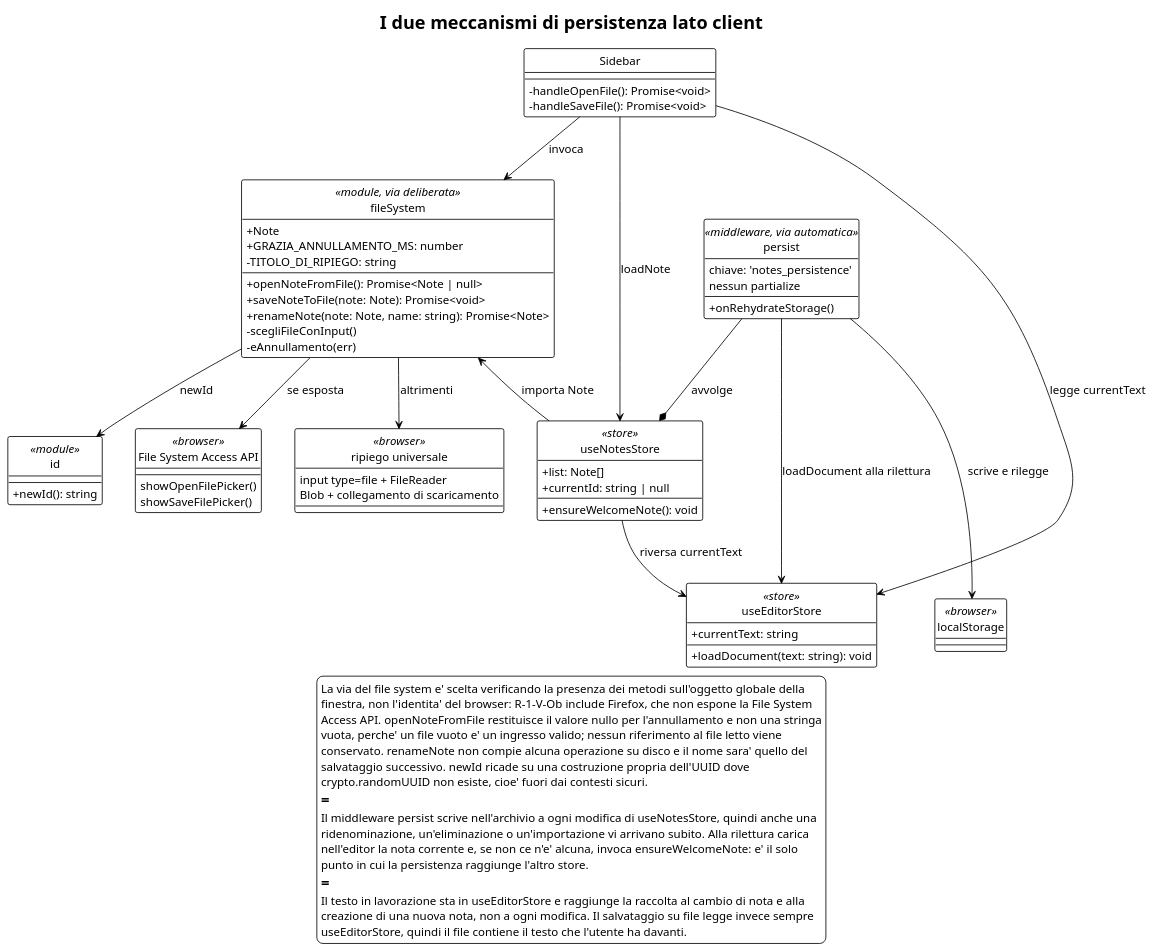
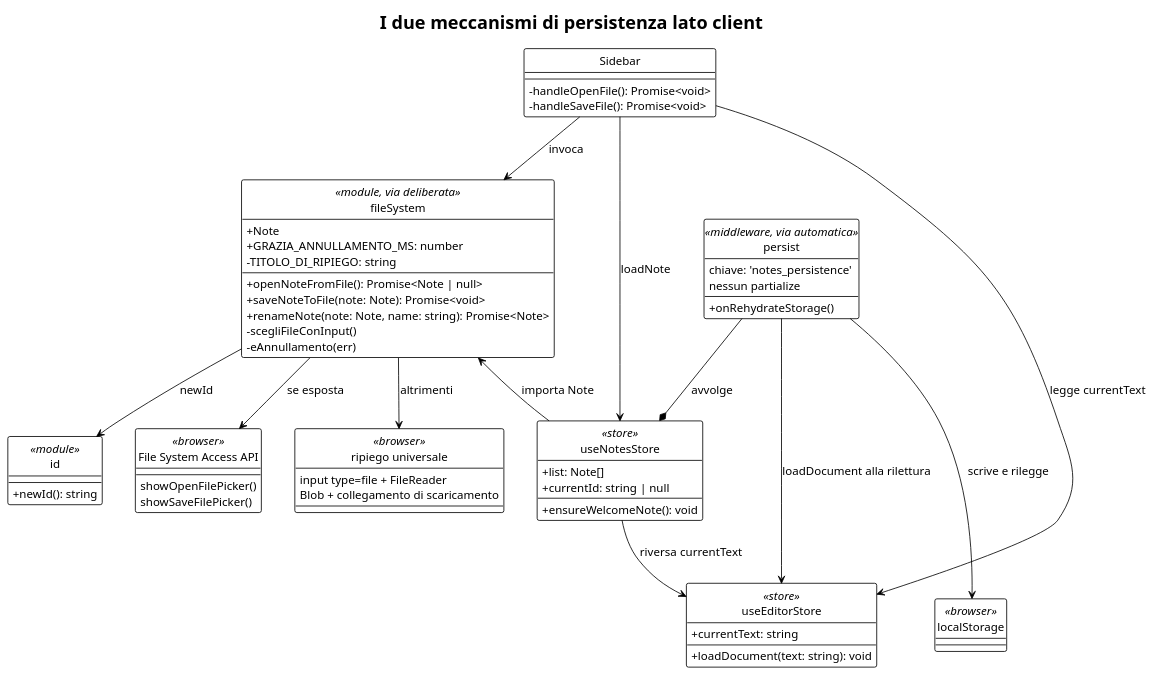
Before and after one commit to thebitless-group-swe/thebitless.github.io: the diagram in PB/doc_esterna/specifica_tecnica/assets/plantuml/UML3.3.6.puml, drawn with PlantUML. The commit also changed 35 other files, not shown here.

```diff
--- a/PB/doc_esterna/specifica_tecnica/assets/plantuml/UML3.3.6.puml
+++ b/PB/doc_esterna/specifica_tecnica/assets/plantuml/UML3.3.6.puml
@@ -1,98 +1,79 @@
 @startuml
 !theme plain
 hide circle
 skinparam classAttributeIconSize 0
 skinparam shadowing false
 skinparam nodesep 40
 skinparam ranksep 55
 skinparam defaultFontSize 14
 
 title I due meccanismi di persistenza lato client
 
 class Sidebar {
   - handleOpenFile(): Promise<void>
   - handleSaveFile(): Promise<void>
 }
 
 class fileSystem <<module, via deliberata>> {
   + Note
   + GRAZIA_ANNULLAMENTO_MS: number
   + openNoteFromFile(): Promise<Note | null>
   + saveNoteToFile(note: Note): Promise<void>
   + renameNote(note: Note, name: string): Promise<Note>
   - scegliFileConInput()
   - eAnnullamento(err)
   - TITOLO_DI_RIPIEGO: string
 }
 
 class persist <<middleware, via automatica>> {
   chiave: 'notes_persistence'
   nessun partialize
   + onRehydrateStorage()
 }
 
 class useNotesStore <<store>> {
   + list: Note[]
   + currentId: string | null
   + ensureWelcomeNote(): void
 }
 
 class useEditorStore <<store>> {
   + currentText: string
   + loadDocument(text: string): void
 }
 
 class id <<module>> {
   + newId(): string
 }
 
 class "File System Access API" as FSA <<browser>> {
   showOpenFilePicker()
   showSaveFilePicker()
 }
 
 class "ripiego universale" as FB <<browser>> {
   input type=file + FileReader
   Blob + collegamento di scaricamento
 }
 
 class localStorage <<browser>> {
 }
 
 Sidebar --> fileSystem : invoca
 Sidebar --> useNotesStore : loadNote
 Sidebar --> useEditorStore : legge currentText
 persist --* useNotesStore : avvolge
 persist --> localStorage : scrive e rilegge
 persist --> useEditorStore : loadDocument alla rilettura
 useNotesStore --> fileSystem : importa Note
 useNotesStore --> useEditorStore : riversa currentText
 fileSystem --> id : newId
 fileSystem --> FSA : se esposta
 fileSystem --> FB : altrimenti
 
 fileSystem -[hidden]right- persist
 FSA -[hidden]right- FB
 id -[hidden]right- FSA
 useEditorStore -[hidden]right- localStorage
 
-legend bottom
-  La via del file system e' scelta verificando la presenza dei metodi sull'oggetto globale della
-  finestra, non l'identita' del browser: R-1-V-Ob include Firefox, che non espone la File System
-  Access API. openNoteFromFile restituisce il valore nullo per l'annullamento e non una stringa
-  vuota, perche' un file vuoto e' un ingresso valido; nessun riferimento al file letto viene
-  conservato. renameNote non compie alcuna operazione su disco e il nome sara' quello del
-  salvataggio successivo. newId ricade su una costruzione propria dell'UUID dove
-  crypto.randomUUID non esiste, cioe' fuori dai contesti sicuri.
-  ==
-  Il middleware persist scrive nell'archivio a ogni modifica di useNotesStore, quindi anche una
-  ridenominazione, un'eliminazione o un'importazione vi arrivano subito. Alla rilettura carica
-  nell'editor la nota corrente e, se non ce n'e' alcuna, invoca ensureWelcomeNote: e' il solo
-  punto in cui la persistenza raggiunge l'altro store.
-  ==
-  Il testo in lavorazione sta in useEditorStore e raggiunge la raccolta al cambio di nota e alla
-  creazione di una nuova nota, non a ogni modifica. Il salvataggio su file legge invece sempre
-  useEditorStore, quindi il file contiene il testo che l'utente ha davanti.
-endlegend
-
 @enduml
```
